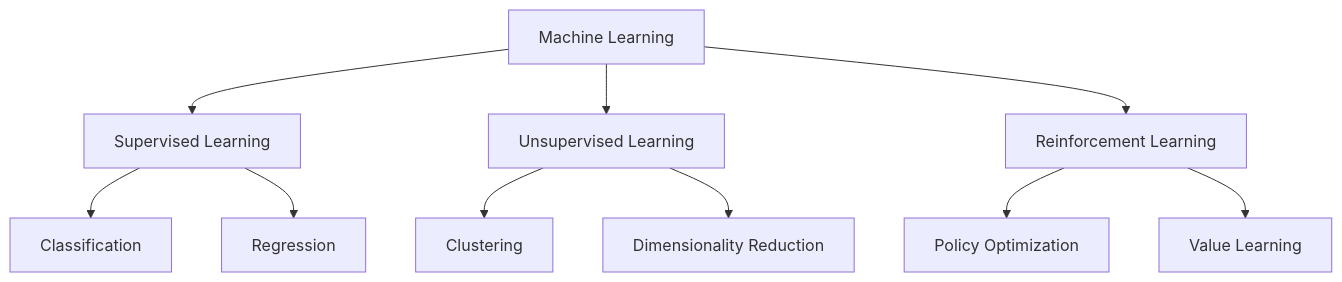
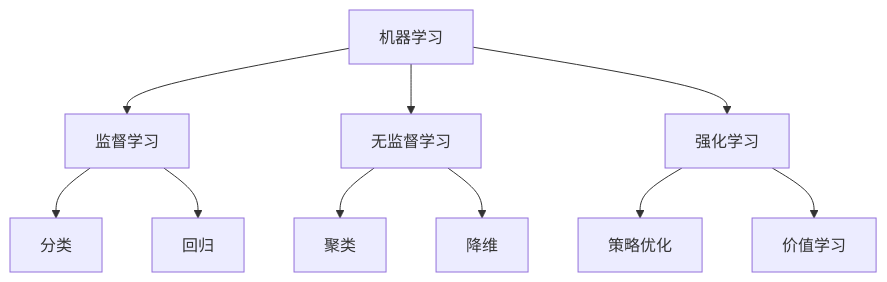
Before and after one commit to omigaZen/ai-engineering-from-scratch: the second of 6 diagrams in phases/02-ml-fundamentals/01-what-is-machine-learning/docs/zh.md, drawn with Mermaid. The commit also changed other lines of this file, not shown here.

Commit message:
feat(phase-02/01): polish what is machine learning text

````diff
--- a/phases/02-ml-fundamentals/01-what-is-machine-learning/docs/zh.md
+++ b/phases/02-ml-fundamentals/01-what-is-machine-learning/docs/zh.md
@@ -56,15 +56,15 @@
 ```mermaid
 flowchart TD
-    ML[Machine Learning] --> SL[Supervised Learning]
-    ML --> UL[Unsupervised Learning]
-    ML --> RL[Reinforcement Learning]
+    ML[机器学习] --> SL[监督学习]
+    ML --> UL[无监督学习]
+    ML --> RL[强化学习]
 
-    SL --> C[Classification]
-    SL --> R[Regression]
+    SL --> C[分类]
+    SL --> R[回归]
 
-    UL --> CL[Clustering]
-    UL --> DR[Dimensionality Reduction]
+    UL --> CL[聚类]
+    UL --> DR[降维]
 
-    RL --> PO[Policy Optimization]
-    RL --> VL[Value Learning]
+    RL --> PO[策略优化]
+    RL --> VL[价值学习]
 ```
````
